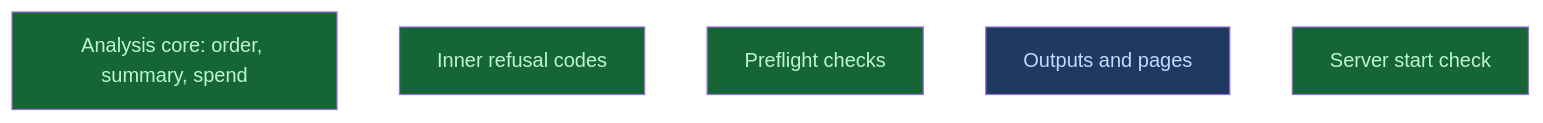
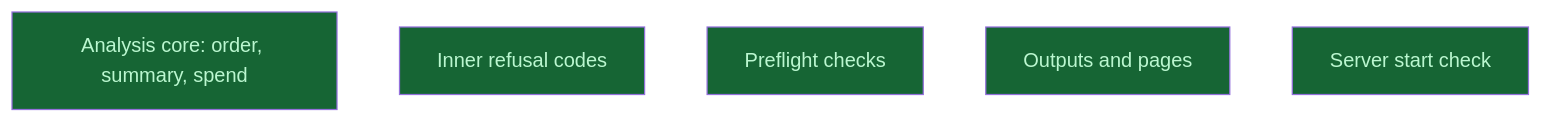
Before and after one commit to CrackingShells/Candler: the diagram in __roadmap__/m6b-surface-consolidation/consolidated/build/README.md, drawn with Mermaid. The commit also changed other lines of this file and 5 other files, not shown here.

````diff
--- a/__roadmap__/m6b-surface-consolidation/consolidated/build/README.md
+++ b/__roadmap__/m6b-surface-consolidation/consolidated/build/README.md
@@ -81,13 +81,13 @@
 ```mermaid
 graph TD
     analysis_core[Analysis core: order, summary, spend]:::done
     codes_inner[Inner refusal codes]:::done
     preflight_checks[Preflight checks]:::done
-    outputs[Outputs and pages]:::amendment
+    outputs[Outputs and pages]:::done
     server_check[Server start check]:::done
     classDef done       fill:#166534,color:#bbf7d0
     classDef inprogress fill:#854d0e,color:#fef08a
     classDef planned    fill:#374151,color:#e5e7eb
     classDef amendment  fill:#1e3a5f,color:#bfdbfe
     classDef blocked    fill:#7f1d1d,color:#fecaca
 ```
````
